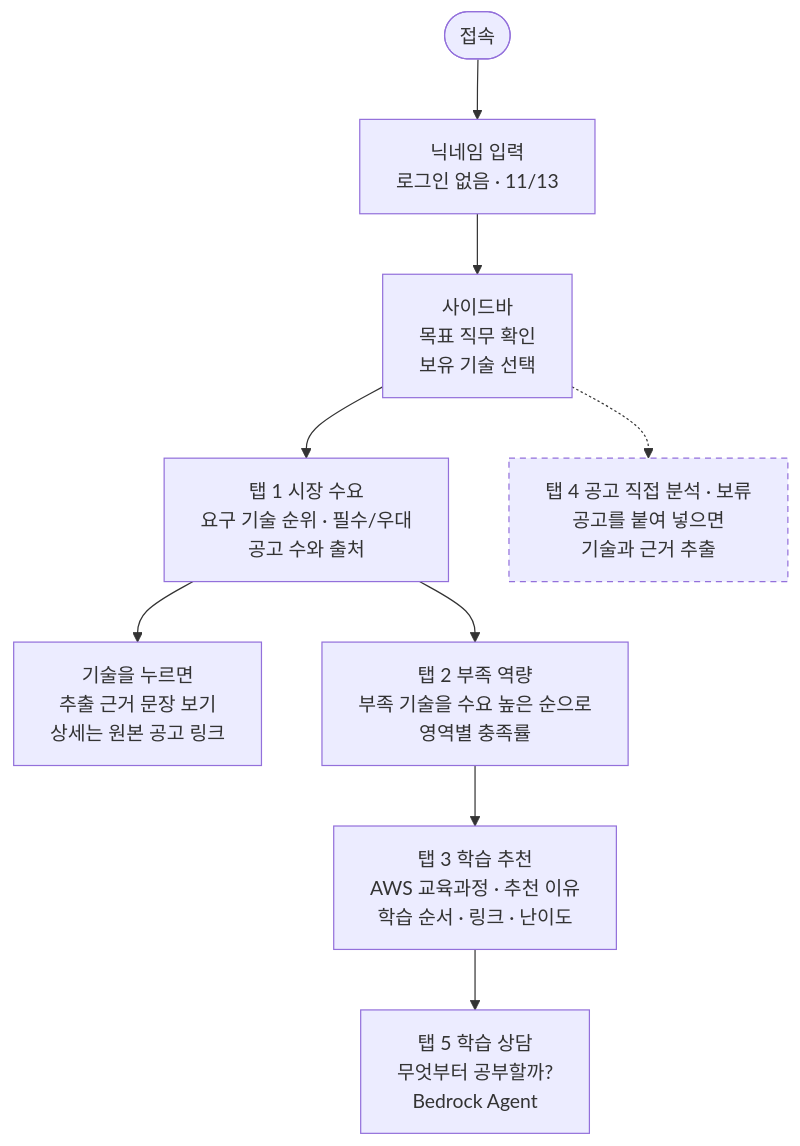
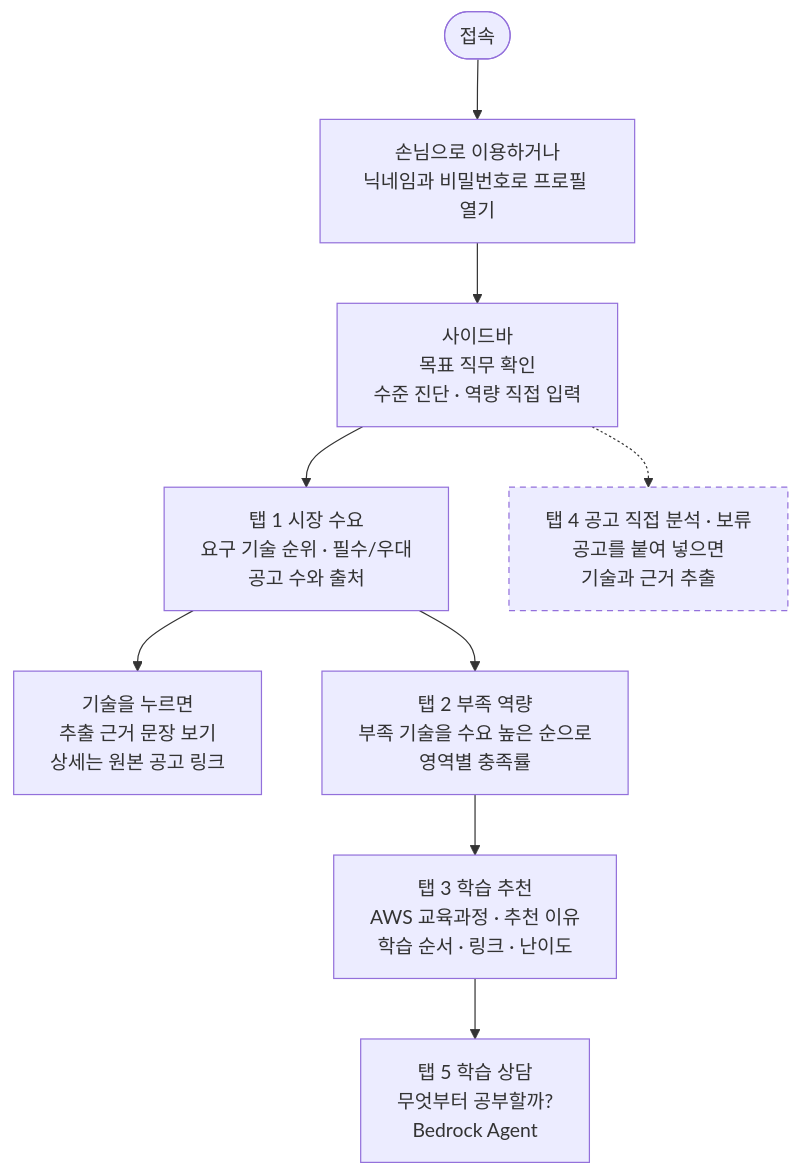
Before and after one commit to Sungsim-Metro/skillpath-ai-public: the first of 2 diagrams in docs/service-flow.md, drawn with Mermaid. The commit also changed other lines of this file and 29 other files, not shown here.

````diff
--- a/docs/service-flow.md
+++ b/docs/service-flow.md
@@ -11,14 +11,14 @@
 ```mermaid
 flowchart TD
-    start(["접속"]) --> login["닉네임 입력<br/>로그인 없음 · 11/13"]
-    login --> side["사이드바<br/>목표 직무 확인<br/>보유 기술 선택"]
+    start(["접속"]) --> login["손님으로 이용하거나<br/>닉네임과 비밀번호로 프로필 열기"]
+    login --> side["사이드바<br/>목표 직무 확인<br/>수준 진단 · 역량 직접 입력"]
     side --> t1["탭 1 시장 수요<br/>요구 기술 순위 · 필수/우대<br/>공고 수와 출처"]
     t1 --> ev["기술을 누르면<br/>추출 근거 문장 보기<br/>상세는 원본 공고 링크"]
     t1 --> t2["탭 2 부족 역량<br/>부족 기술을 수요 높은 순으로<br/>영역별 충족률"]
     t2 --> t3["탭 3 학습 추천<br/>AWS 교육과정 · 추천 이유<br/>학습 순서 · 링크 · 난이도"]
     t3 --> t5["탭 5 학습 상담<br/>무엇부터 공부할까?<br/>Bedrock Agent"]
     side -.-> t4["탭 4 공고 직접 분석 · 보류<br/>공고를 붙여 넣으면<br/>기술과 근거 추출"]
 
     classDef hold stroke-dasharray: 5 4
     class t4 hold
 ```
````
